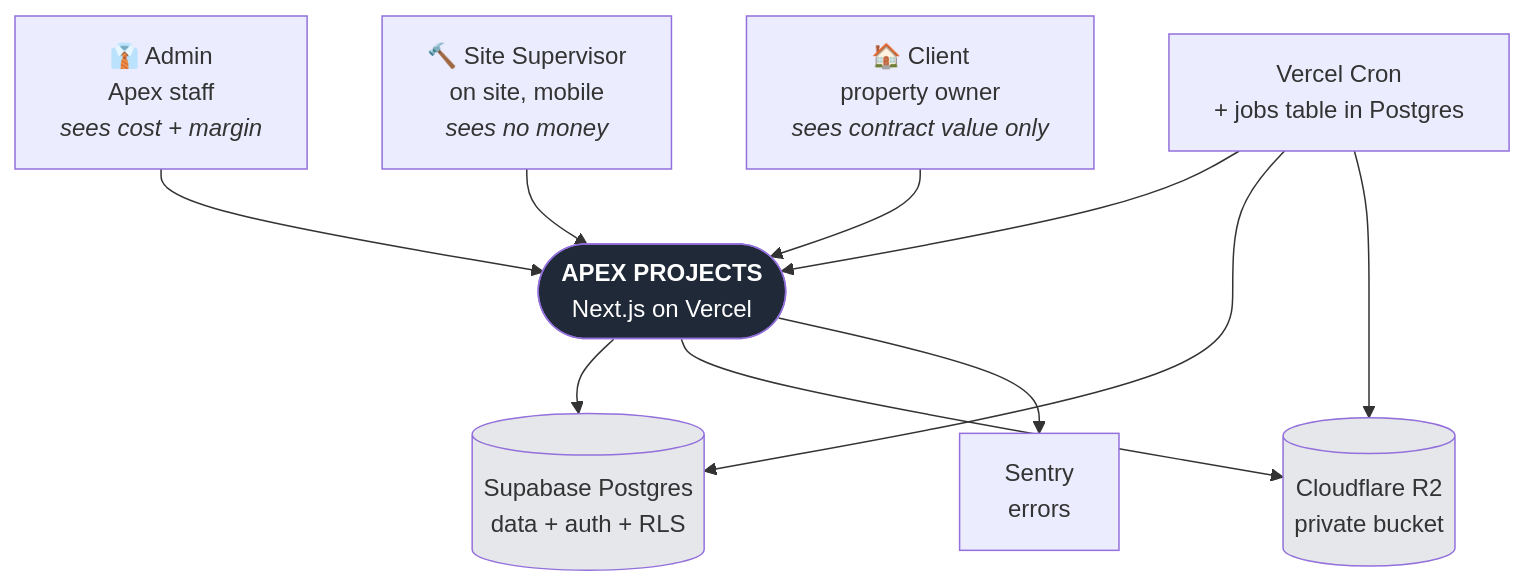
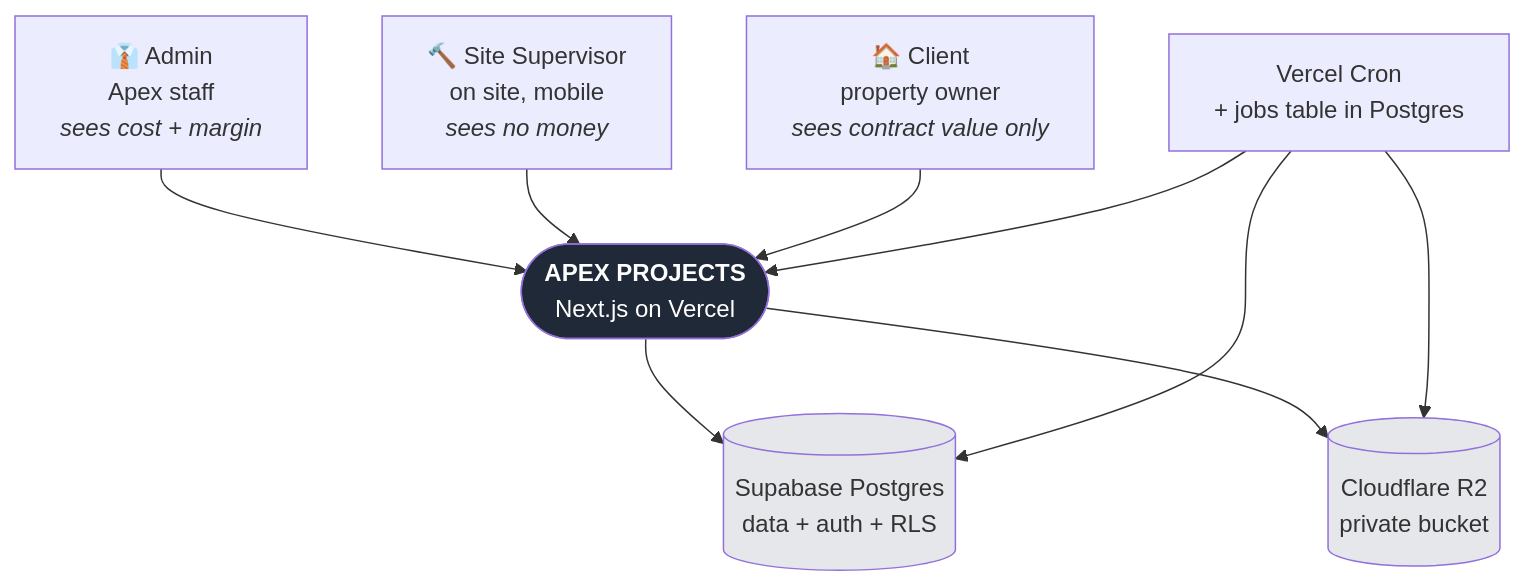
The first of 16 diagrams in docs/system-overview.md (ApexStudios-interiors/ApexStudios), drawn with Mermaid before and after one commit. The commit also changed other lines of this file and 46 other files, not shown here.

````diff
--- a/docs/system-overview.md
+++ b/docs/system-overview.md
@@ -21,28 +21,26 @@
 ```mermaid
 flowchart TB
     Admin["👔 Admin<br/>Apex staff<br/><i>sees cost + margin</i>"]
     Site["🔨 Site Supervisor<br/>on site, mobile<br/><i>sees no money</i>"]
     Client["🏠 Client<br/>property owner<br/><i>sees contract value only</i>"]
 
     App(["<b>APEX PROJECTS</b><br/>Next.js on Vercel"])
 
     DB[("Supabase Postgres<br/>data + auth + RLS")]
     R2[("Cloudflare R2<br/>private bucket")]
     Jobs["Vercel Cron<br/>+ jobs table in Postgres"]
-    Err["Sentry<br/>errors"]
 
     Admin --> App
     Site --> App
     Client --> App
 
     App --> DB
     App --> R2
-    App --> Err
     Jobs --> App
     Jobs --> DB
     Jobs --> R2
 
     style App fill:#1f2937,color:#fff
     style DB fill:#e5e7eb
     style R2 fill:#e5e7eb
 ```
````
